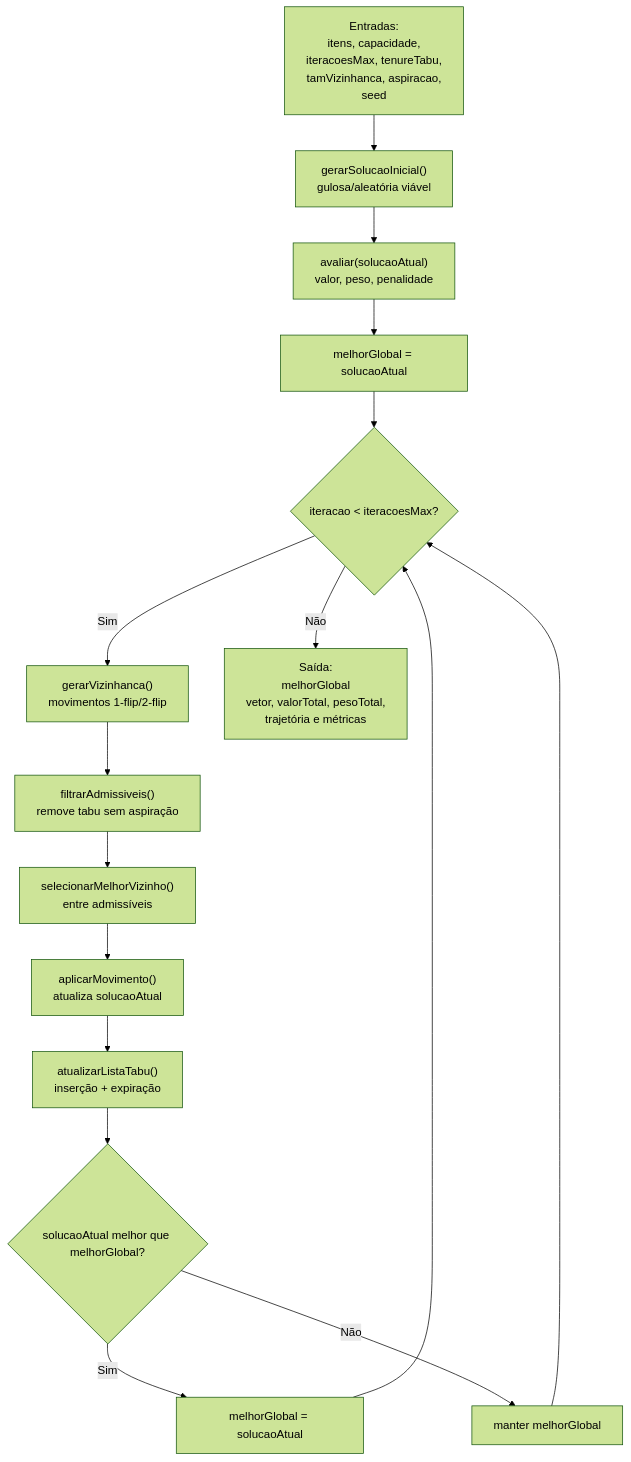
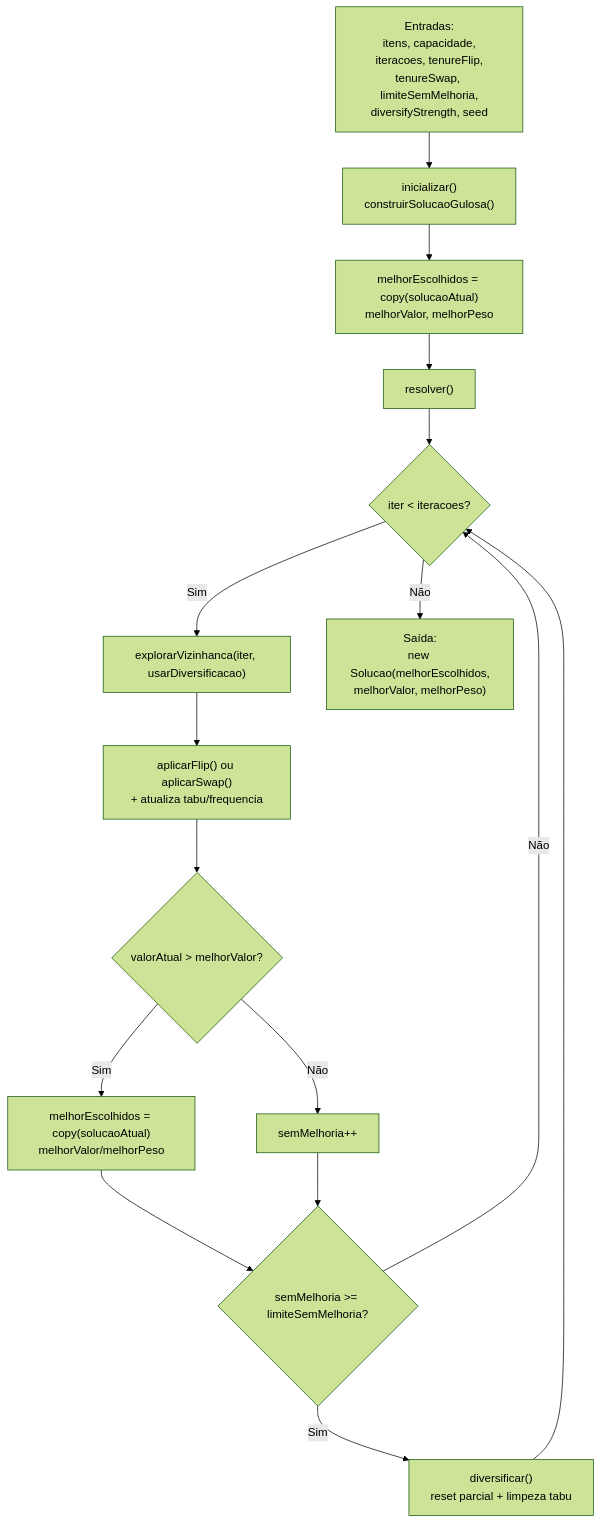
One commit to fernandoeduardolucas/ant changed the second of 4 diagrams in docs/tp/ant/Diagrama_Fluxo_Dados_ACO.md. Above: the diagram before and after it, drawn with Mermaid (forest theme). The commit also changed other lines of this file, not shown here.

Commit message:
docs(metaheuristicas): alinhar GA e Tabu com métodos reais

````diff
--- a/docs/tp/ant/Diagrama_Fluxo_Dados_ACO.md
+++ b/docs/tp/ant/Diagrama_Fluxo_Dados_ACO.md
@@ -41,20 +41,20 @@
 ```mermaid
 flowchart TD
-    A["Entradas:<br/>itens, capacidade,<br/>iteracoesMax, tenureTabu,<br/>tamVizinhanca, aspiracao,<br/>seed"] --> B["gerarSolucaoInicial()<br/>gulosa/aleatória viável"]
-    B --> C["avaliar(solucaoAtual)<br/>valor, peso, penalidade"]
-    C --> D["melhorGlobal = solucaoAtual"]
+    A["Entradas:<br/>itens, capacidade,<br/>iteracoes, tenureFlip,<br/>tenureSwap, limiteSemMelhoria,<br/>diversifyStrength, seed"] --> B["inicializar()<br/>construirSolucaoGulosa()"]
+    B --> C["melhorEscolhidos = copy(solucaoAtual)<br/>melhorValor, melhorPeso"]
+    C --> D["resolver()"]
 
-    D --> E{"iteracao < iteracoesMax?"}
-    E -- Sim --> F["gerarVizinhanca()<br/>movimentos 1-flip/2-flip"]
-    F --> G["filtrarAdmissiveis()<br/>remove tabu sem aspiração"]
-    G --> H["selecionarMelhorVizinho()<br/>entre admissíveis"]
-    H --> I["aplicarMovimento()<br/>atualiza solucaoAtual"]
-    I --> J["atualizarListaTabu()<br/>inserção + expiração"]
-    J --> K{"solucaoAtual melhor que melhorGlobal?"}
-    K -- Sim --> L["melhorGlobal = solucaoAtual"]
-    K -- Não --> M["manter melhorGlobal"]
+    D --> E{"iter < iteracoes?"}
+    E -- Sim --> F["explorarVizinhanca(iter, usarDiversificacao)"]
+    F --> G["aplicarFlip() ou aplicarSwap()<br/>+ atualiza tabu/frequencia"]
+    G --> H{"valorAtual > melhorValor?"}
+    H -- Sim --> I["melhorEscolhidos = copy(solucaoAtual)<br/>melhorValor/melhorPeso"]
+    H -- Não --> J["semMelhoria++"]
+    I --> K{"semMelhoria >= limiteSemMelhoria?"}
+    J --> K
+    K -- Sim --> L["diversificar()<br/>reset parcial + limpeza tabu"]
+    K -- Não --> E
     L --> E
-    M --> E
 
-    E -- Não --> N["Saída:<br/>melhorGlobal<br/>vetor, valorTotal, pesoTotal,<br/>trajetória e métricas"]
+    E -- Não --> N["Saída:<br/>new Solucao(melhorEscolhidos,<br/>melhorValor, melhorPeso)"]
 ```
````
